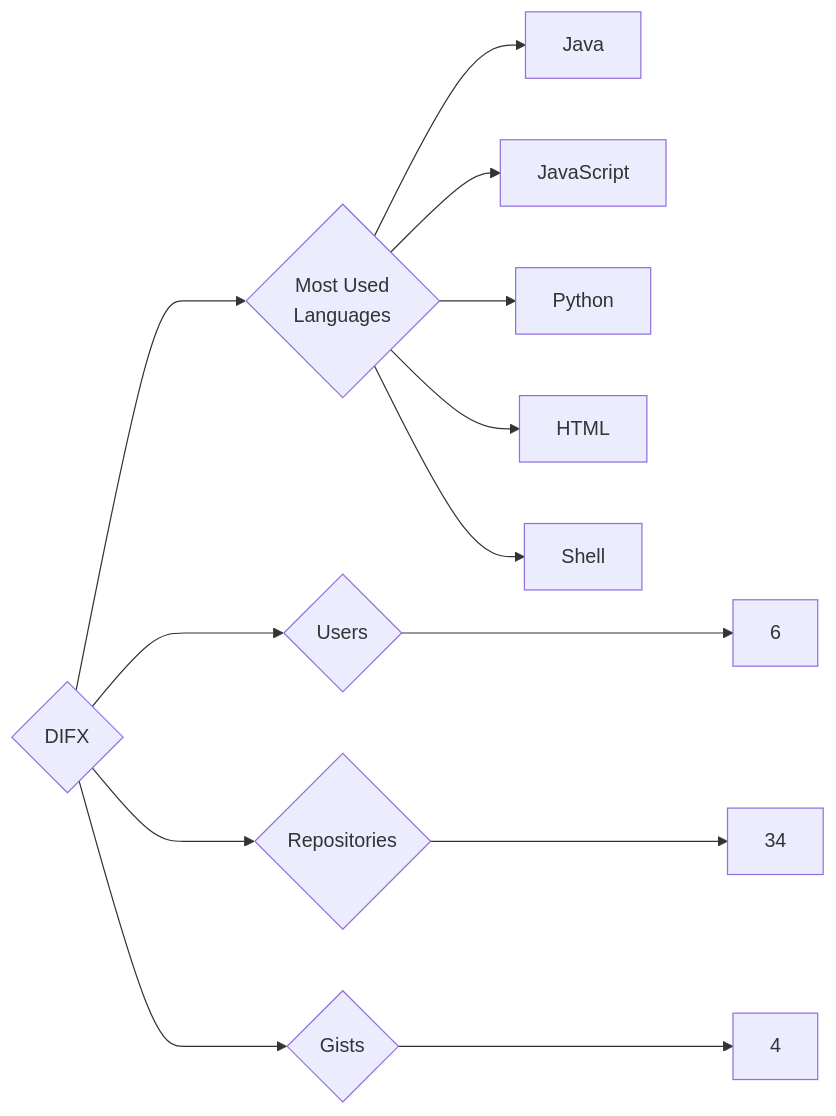
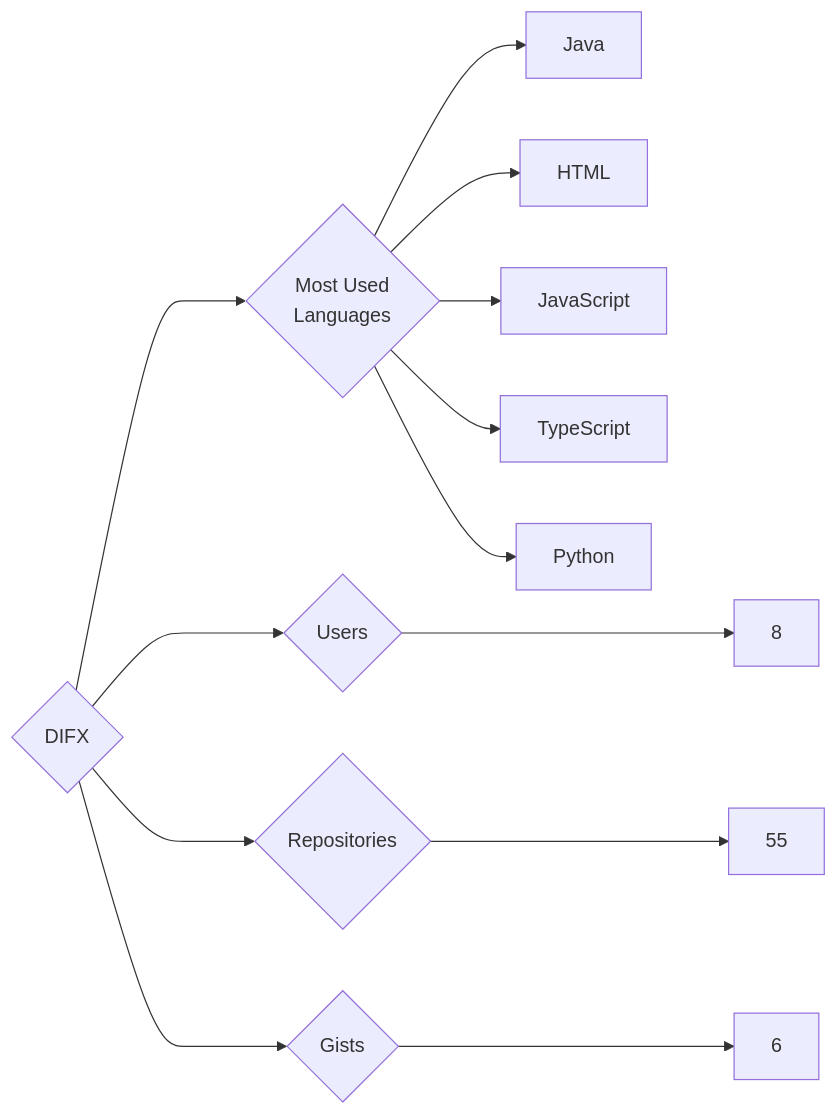
The diagram in targets/DIFX/README.md (trickest/insiders), drawn with Mermaid before and after one commit. The commit also changed 1088 other files, not shown here.

````diff
--- a/targets/DIFX/README.md
+++ b/targets/DIFX/README.md
@@ -3,13 +3,13 @@
 ```mermaid
 graph LR
 COMPANY_NAME{DIFX}
-COMPANY_NAME ---> U{Users} ---> UN[6]
-COMPANY_NAME ---> R{Repositories} ---> RN[34]
-COMPANY_NAME ---> G{Gists} ---> GN[4]
+COMPANY_NAME ---> U{Users} ---> UN[8]
+COMPANY_NAME ---> R{Repositories} ---> RN[55]
+COMPANY_NAME ---> G{Gists} ---> GN[6]
 COMPANY_NAME ---> ML{Most Used<br>Languages}
 ML --> Java[Java]
+ML --> HTML[HTML]
 ML --> JavaScript[JavaScript]
+ML --> TypeScript[TypeScript]
 ML --> Python[Python]
-ML --> HTML[HTML]
-ML --> Shell[Shell]
 ```
````
